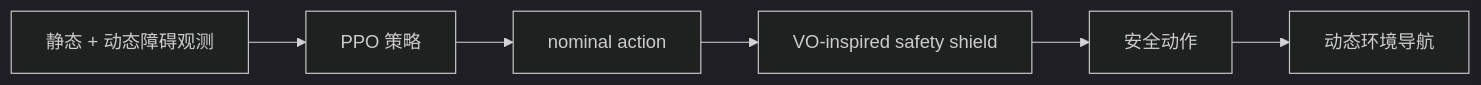
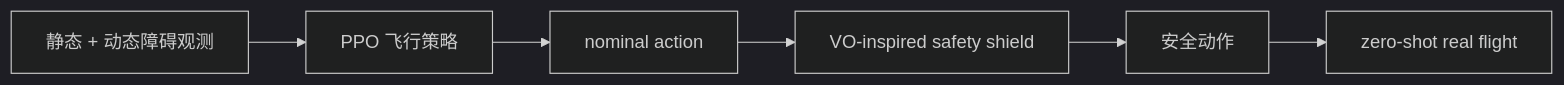
The tenth of 21 diagrams in docs/group_meeting_slides.md (YuFei-yuu/SEA), drawn with Mermaid (dark theme) before and after one commit. The commit also changed other lines of this file and 2 other files, not shown here.

````diff
--- a/docs/group_meeting_slides.md
+++ b/docs/group_meeting_slides.md
@@ -275,8 +285,8 @@
 ```mermaid
 flowchart LR
-    P9A["静态 + 动态障碍观测"] --> P9B["PPO 策略"]
+    P9A["静态 + 动态障碍观测"] --> P9B["PPO 飞行策略"]
     P9B --> P9C["nominal action"]
     P9C --> P9D["VO-inspired safety shield"]
     P9D --> P9E["安全动作"]
-    P9E --> P9F["动态环境导航"]
+    P9E --> P9F["zero-shot real flight"]
 ```
````
